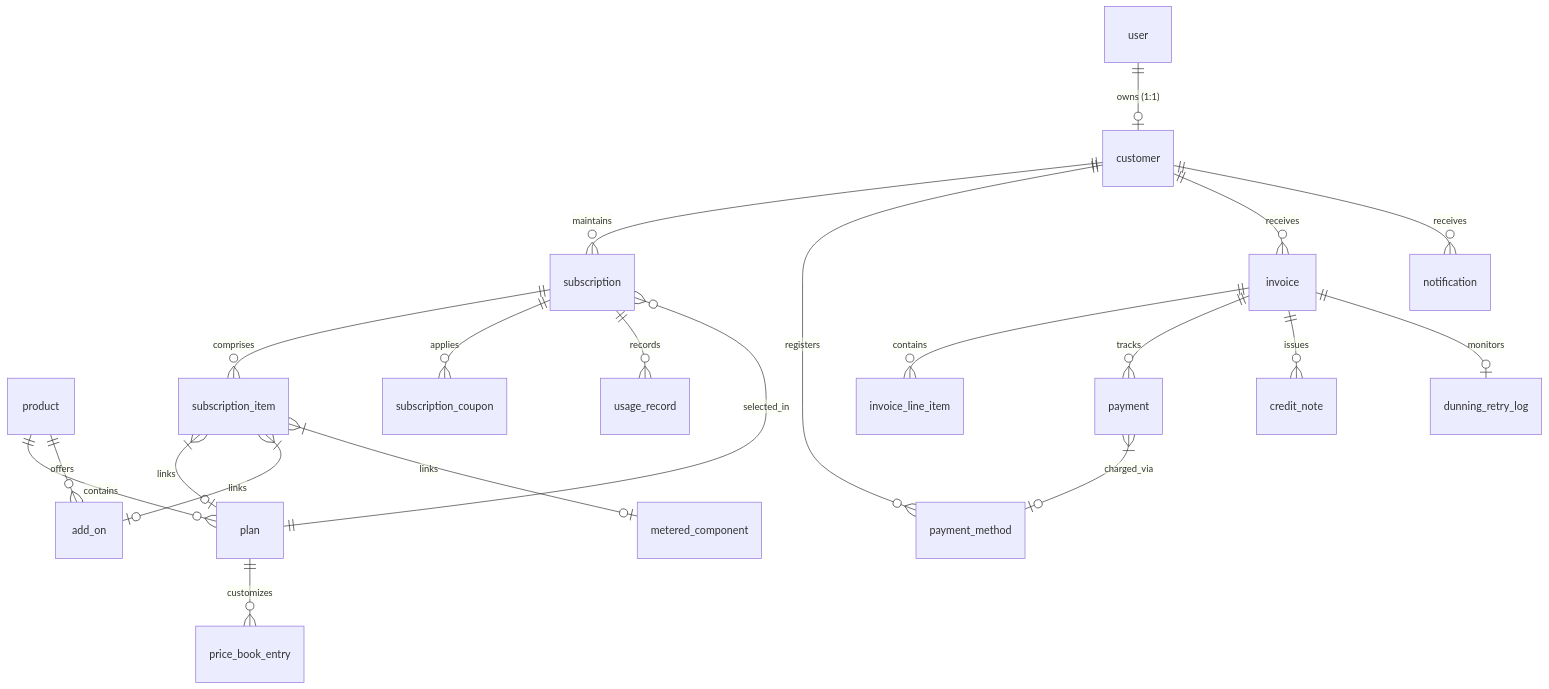
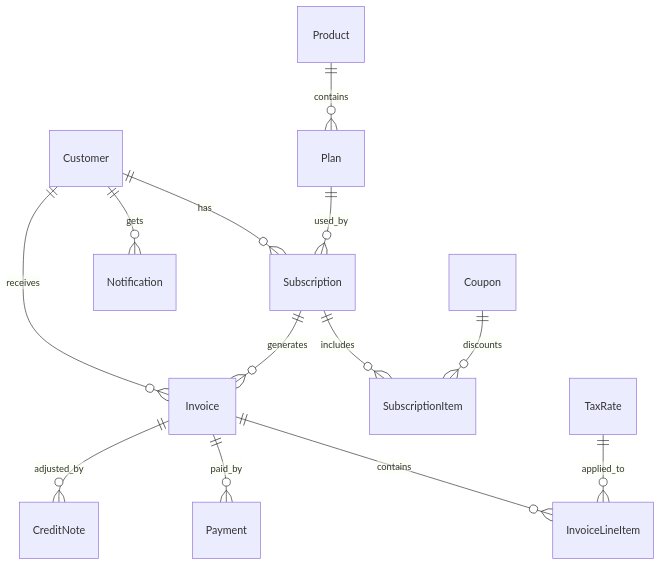
Before and after one commit to Priyank-0401/StreamFlixApp: the first of 2 diagrams in README.md, drawn with Mermaid. The commit also changed other lines of this file, not shown here.

````diff
--- a/README.md
+++ b/README.md
@@ -98,23 +301,15 @@
 ```mermaid
 erDiagram
-    user ||--o| customer : "owns (1:1)"
-    customer ||--o{ subscription : "maintains"
-    customer ||--o{ payment_method : "registers"
-    customer ||--o{ invoice : "receives"
-    customer ||--o{ notification : "receives"
-    product ||--o{ plan : "contains"
-    product ||--o{ add_on : "offers"
-    plan ||--o{ price_book_entry : "customizes"
-    plan ||--o{ subscription : "selected_in"
-    subscription ||--o{ subscription_item : "comprises"
-    subscription ||--o{ subscription_coupon : "applies"
-    subscription ||--o{ usage_record : "records"
-    subscription_item }|--o| plan : "links"
-    subscription_item }|--o| add_on : "links"
-    subscription_item }|--o| metered_component : "links"
-    invoice ||--o{ invoice_line_item : "contains"
-    invoice ||--o{ payment : "tracks"
-    invoice ||--o{ credit_note : "issues"
-    invoice ||--o| dunning_retry_log : "monitors"
-    payment }|--o| payment_method : "charged_via"
+    Customer ||--o{ Subscription : has
+    Customer ||--o{ Invoice : receives
+    Customer ||--o{ Notification : gets
+    Product ||--o{ Plan : contains
+    Plan ||--o{ Subscription : used_by
+    Subscription ||--o{ SubscriptionItem : includes
+    Subscription ||--o{ Invoice : generates
+    Invoice ||--o{ InvoiceLineItem : contains
+    Invoice ||--o{ Payment : paid_by
+    Invoice ||--o{ CreditNote : adjusted_by
+    TaxRate ||--o{ InvoiceLineItem : applied_to
+    Coupon ||--o{ SubscriptionItem : discounts
 ```
````
